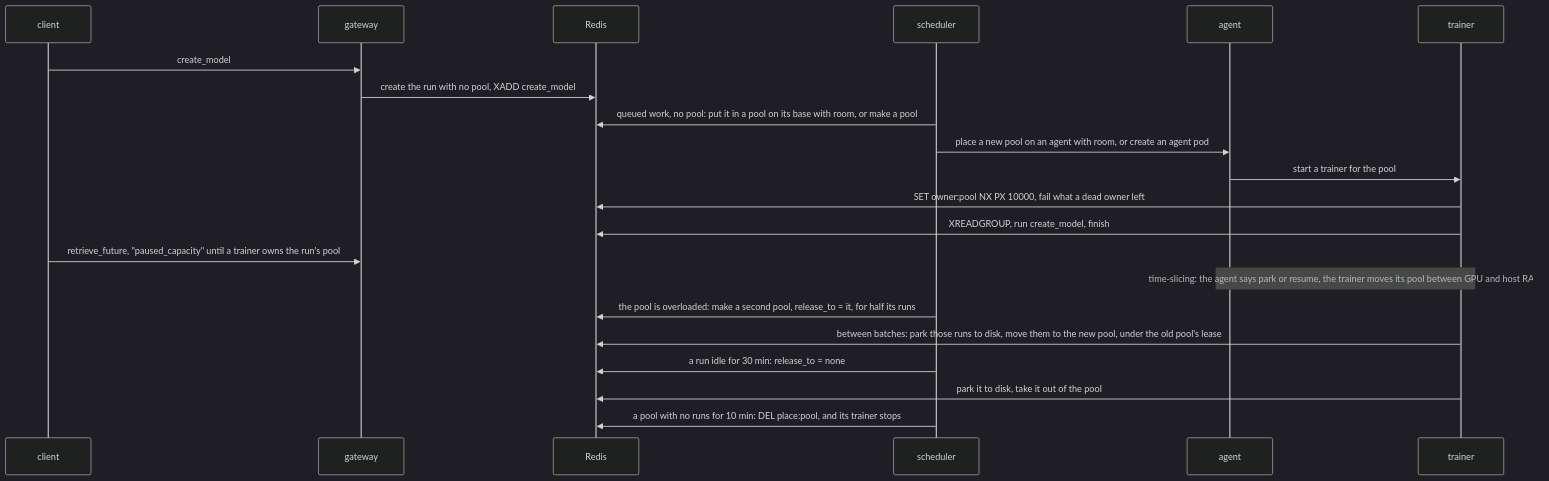
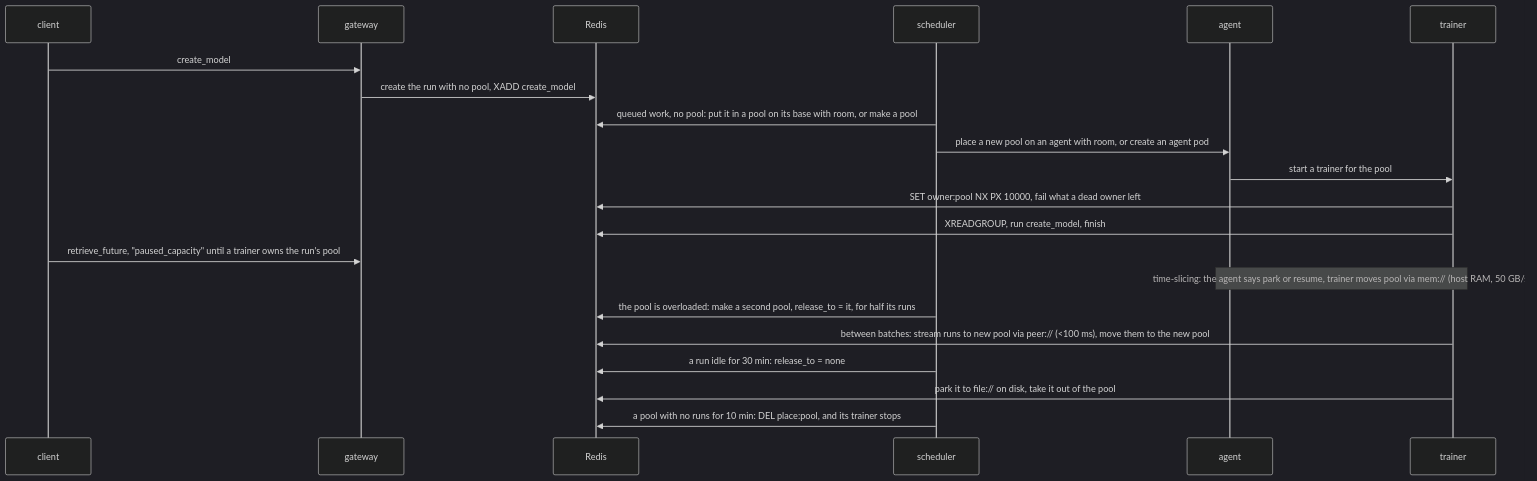
One commit to ShubyM/tiny-open-rl changed the second of 2 diagrams in docs/kubernetes.md. Above: the diagram before and after it, drawn with Mermaid (dark theme). The commit also changed other lines of this file, not shown here.

````diff
--- a/docs/kubernetes.md
+++ b/docs/kubernetes.md
@@ -79,23 +79,23 @@
 ```mermaid
 sequenceDiagram
   participant C as client
   participant G as gateway
   participant R as Redis
   participant S as scheduler
   participant A as agent
   participant T as trainer
   C->>G: create_model
   G->>R: create the run with no pool, XADD create_model
   S->>R: queued work, no pool: put it in a pool on its base with room, or make a pool
   S->>A: place a new pool on an agent with room, or create an agent pod
   A->>T: start a trainer for the pool
   T->>R: SET owner:pool NX PX 10000, fail what a dead owner left
   T->>R: XREADGROUP, run create_model, finish
   C->>G: retrieve_future, "paused_capacity" until a trainer owns the run's pool
-  Note over A,T: time-slicing: the agent says park or resume, the trainer moves its pool between GPU and host RAM
+  Note over A,T: time-slicing: the agent says park or resume, trainer moves pool via mem:// (host RAM, 50 GB/s)
   S->>R: the pool is overloaded: make a second pool, release_to = it, for half its runs
-  T->>R: between batches: park those runs to disk, move them to the new pool, under the old pool's lease
+  T->>R: between batches: stream runs to new pool via peer:// (<100 ms), move them to the new pool
   S->>R: a run idle for 30 min: release_to = none
-  T->>R: park it to disk, take it out of the pool
+  T->>R: park it to file:// on disk, take it out of the pool
   S->>R: a pool with no runs for 10 min: DEL place:pool, and its trainer stops
 ```
````
